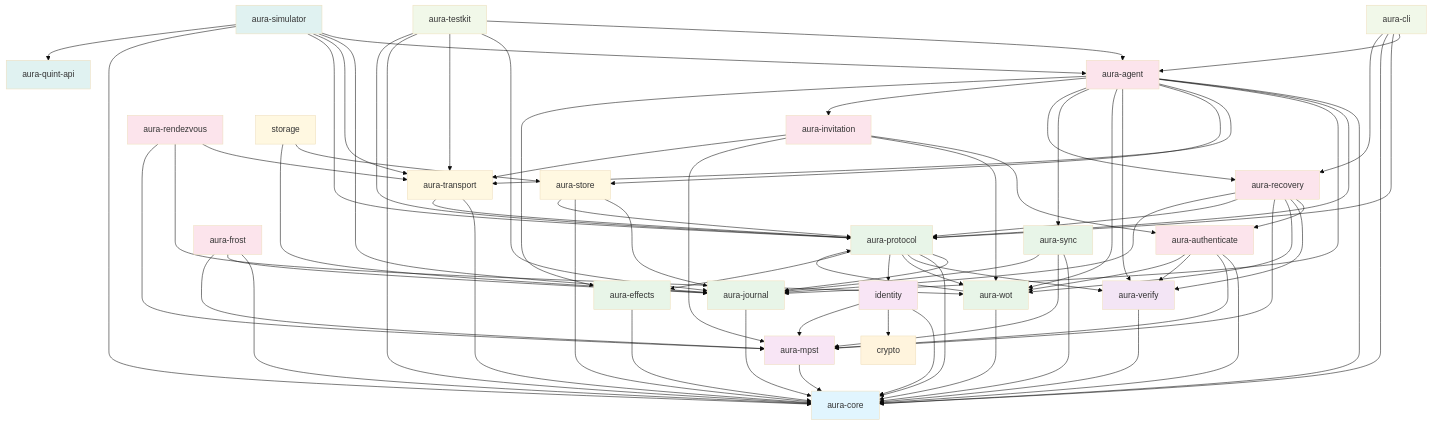
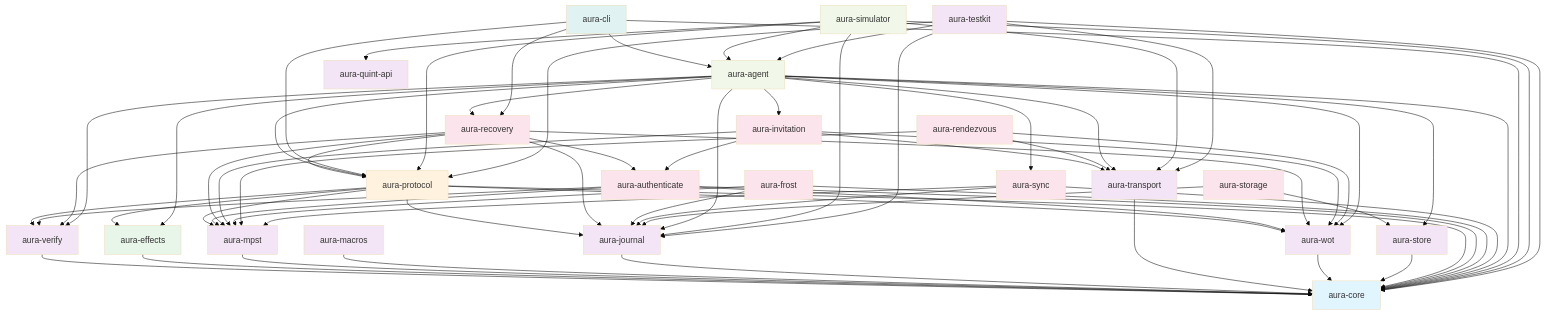
Before and after one commit to hxrts/aura: the diagram in docs/999_project_structure.md, drawn with Mermaid (base theme). The commit also changed other lines of this file and 69 other files, not shown here.

````diff
--- a/docs/999_project_structure.md
+++ b/docs/999_project_structure.md
@@ -514,69 +184,56 @@
     %% Foundation Layer
     types[aura-core]
 
-    %% Verification Layer
+    %% Specification Layer
     verify[aura-verify]
+    journal[aura-journal]
+    wot[aura-wot]
+    store[aura-store]
+    transport[aura-transport]
+    mpst[aura-mpst]
+    macros[aura-macros]
 
-    %% Implementation Layer (Standard Library)
+    %% Implementation Layer
     effects[aura-effects]
 
-    %% Type System & Protocol Specs
-    mpst[aura-mpst]
+    %% Orchestration Layer
+    protocol[aura-protocol]
 
-    %% Protocol Infrastructure
-    journal[aura-journal]
-    protocol[aura-protocol]
-    wot[aura-wot]
-    sync[aura-sync]
-
-    %% Storage & Transport
-    transport[aura-transport]
-    store[aura-store]
-
-    %% Authentication & Recovery
+    %% Feature Layer
     auth[aura-authenticate]
     recovery[aura-recovery]
     invitation[aura-invitation]
     frost[aura-frost]
+    rendezvous[aura-rendezvous]
+    sync[aura-sync]
+    storage[aura-storage]
 
-    %% Peer Discovery
-    rendezvous[aura-rendezvous]
+    %% Runtime Layer
+    agent[aura-agent]
+    simulator[aura-simulator]
 
     %% Application Layer
-    agent[aura-agent]
-
-    %% Development Tools
-    testkit[aura-testkit]
     cli[aura-cli]
 
-    %% Simulation & Analysis
-    aura_quint_api[aura-quint-api]
-    simulator[aura-simulator]
+    %% Testing Layer
+    testkit[aura-testkit]
+    quint[aura-quint-api]
 
     %% Dependencies
     verify --> types
     effects --> types
     mpst --> types
-    identity --> types
-    identity --> crypto
-    identity --> mpst
+    macros --> types
     journal --> types
     transport --> types
-    transport --> protocol
-    store --> journal
+    wot --> types
     store --> types
-    store --> protocol
+    protocol --> types
     protocol --> journal
-    protocol --> types
     protocol --> verify
     protocol --> wot
-    protocol --> identity
     protocol --> effects
-    wot --> types
-    wot --> protocol
-    sync --> types
-    sync --> mpst
-    sync --> journal
+    protocol --> mpst
     auth --> types
     auth --> mpst
     auth --> verify
@@ -597,6 +254,9 @@
     rendezvous --> transport
     rendezvous --> wot
     rendezvous --> mpst
+    sync --> types
+    sync --> mpst
+    sync --> journal
     storage --> store
     storage --> journal
     agent --> types
@@ -610,11 +270,6 @@
     agent --> recovery
     agent --> invitation
     agent --> effects
-    testkit --> agent
-    testkit --> journal
-    testkit --> transport
-    testkit --> types
-    testkit --> protocol
     cli --> agent
     cli --> protocol
     cli --> types
@@ -624,27 +279,29 @@
     simulator --> transport
     simulator --> protocol
     simulator --> types
-    simulator --> aura_quint_api
+    simulator --> quint
+    testkit --> agent
+    testkit --> journal
+    testkit --> transport
+    testkit --> types
+    testkit --> protocol
 
     %% Styling
     classDef foundation fill:#e1f5fe
-    classDef verify fill:#f3e5f5
-    classDef effects fill:#e8f5e8
-    classDef types fill:#f8e5f5
-    classDef protocol fill:#e8f5e8
-    classDef storage fill:#fff8e1
-    classDef app fill:#fce4ec
-    classDef dev fill:#f1f8e9
-    classDef sim fill:#e0f2f1
+    classDef spec fill:#f3e5f5
+    classDef effects fill:#e8f5e9
+    classDef protocol fill:#fff3e0
+    classDef feature fill:#fce4ec
+    classDef runtime fill:#f1f8e9
+    classDef app fill:#e0f2f1
+    classDef test fill:#f3e5f5
 
     class types foundation
-    class verify verify
+    class verify,journal,wot,store,transport,mpst,macros spec
     class effects effects
-    class mpst,identity types
-    class journal,protocol,wot,sync protocol
-    class transport,store,storage storage
-    class auth,recovery,invitation,frost,rendezvous app
-    class agent app
-    class testkit,cli dev
-    class aura_quint_api,simulator sim
+    class protocol protocol
+    class auth,recovery,invitation,frost,rendezvous,sync,storage feature
+    class agent,simulator runtime
+    class cli app
+    class testkit,quint test
 ```
````
